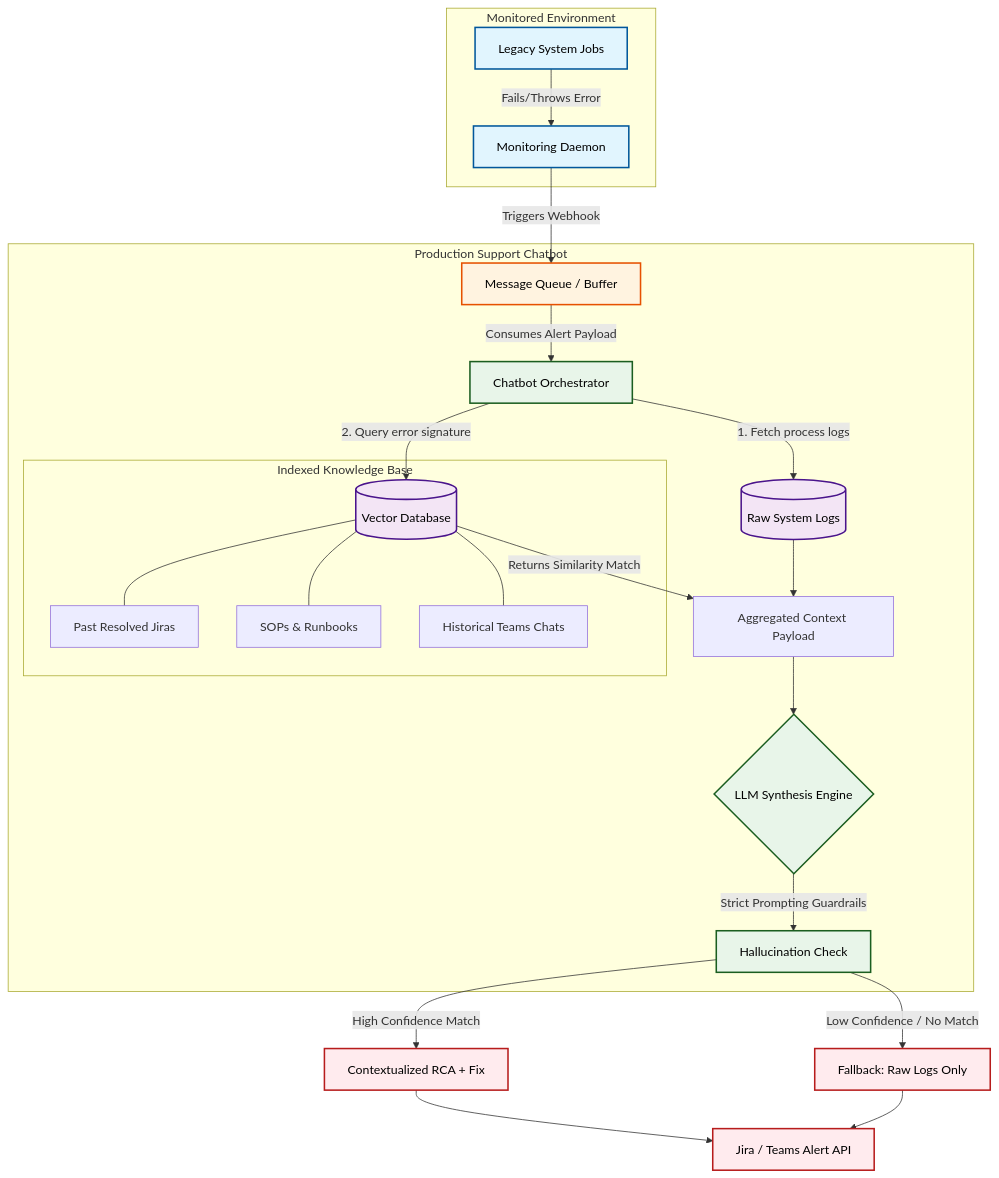
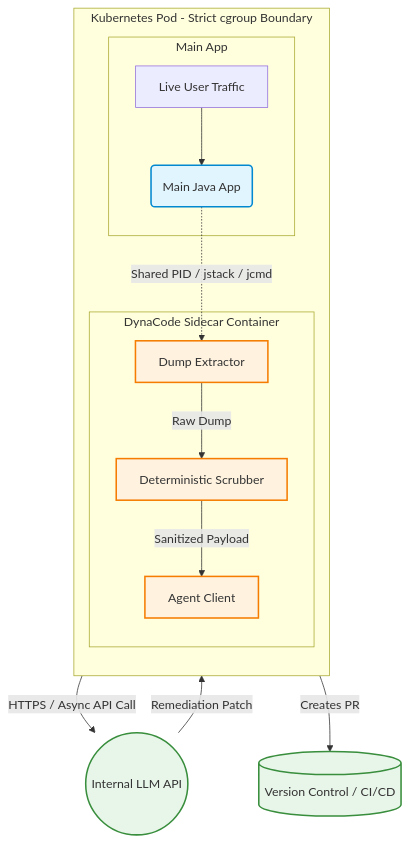
Before and after one commit to IshanDigra/ShadowDocs: the diagram in notes/lumn.md, drawn with Mermaid. The commit also changed other lines of this file, not shown here.

First line of the commit message:
Revise notes for DynaCode project overview

````diff
--- a/notes/lumn.md
+++ b/notes/lumn.md
@@ -45,40 +47,35 @@
 ```mermaid
-flowchart TD
-    %% Define styles
-    classDef system fill:#e1f5fe,stroke:#01579b,stroke-width:2px,color:#000
-    classDef queue fill:#fff3e0,stroke:#e65100,stroke-width:2px,color:#000
-    classDef agent fill:#e8f5e9,stroke:#1b5e20,stroke-width:2px,color:#000
-    classDef data fill:#f3e5f5,stroke:#4a148c,stroke-width:2px,color:#000
-    classDef output fill:#ffebee,stroke:#b71c1c,stroke-width:2px,color:#000
-
-    subgraph Monitored Environment
-        App[Legacy System Jobs]:::system -->|Fails/Throws Error| Procmon[Monitoring Daemon]:::system
+graph TD
+    subgraph Kubernetes Pod [Kubernetes Pod - Strict cgroup Boundary]
+        direction TB
+        subgraph Main App
+            A[Live User Traffic] --> B(Main Java App)
+        end
+        
+        subgraph DynaCode Sidecar [DynaCode Sidecar Container]
+            C[Dump Extractor] 
+            D[Deterministic Scrubber]
+            E[Agent Client]
+            
+            C -->|Raw Dump| D
+            D -->|Sanitized Payload| E
+        end
+        
+        B -.->|Shared PID / jstack / jcmd| C
     end
 
-    Procmon -->|Triggers Webhook| MQ[Message Queue / Buffer]:::queue
+    F((Internal LLM API))
+    G[(Version Control / CI/CD)]
 
-    subgraph Production Support Chatbot
-        MQ -->|Consumes Alert Payload| Pipeline[Chatbot Orchestrator]:::agent
-        
-        Pipeline -->|1. Fetch process logs| Logs[(Raw System Logs)]:::data
-        Pipeline -->|2. Query error signature| VDB[(Vector Database)]:::data
-        
-        subgraph Indexed Knowledge Base
-            VDB --- Jiras[Past Resolved Jiras]
-            VDB --- Runbooks[SOPs & Runbooks]
-            VDB --- Chats[Historical Teams Chats]
-        end
-        
-        Logs --> Context[Aggregated Context Payload]
-        VDB -->|Returns Similarity Match| Context
-        
-        Context --> LLM{LLM Synthesis Engine}:::agent
-        LLM -->|Strict Prompting Guardrails| Guardrails[Hallucination Check]:::agent
-    end
+    E -- HTTPS / Async API Call --> F
+    F -- Remediation Patch --> E
+    E -- Creates PR --> G
 
-    Guardrails -->|High Confidence Match| RCA[Contextualized RCA + Fix]:::output
-    Guardrails -->|Low Confidence / No Match| Raw[Fallback: Raw Logs Only]:::output
-    
-    RCA --> JiraAPI[Jira / Teams Alert API]:::output
-    Raw --> JiraAPI:::output
+    classDef mainApp fill:#e1f5fe,stroke:#0288d1,stroke-width:2px;
+    classDef sideCar fill:#fff3e0,stroke:#f57c00,stroke-width:2px;
+    classDef external fill:#e8f5e9,stroke:#388e3c,stroke-width:2px;
+
+    class B mainApp;
+    class C,D,E sideCar;
+    class F,G external;
 ```
````
